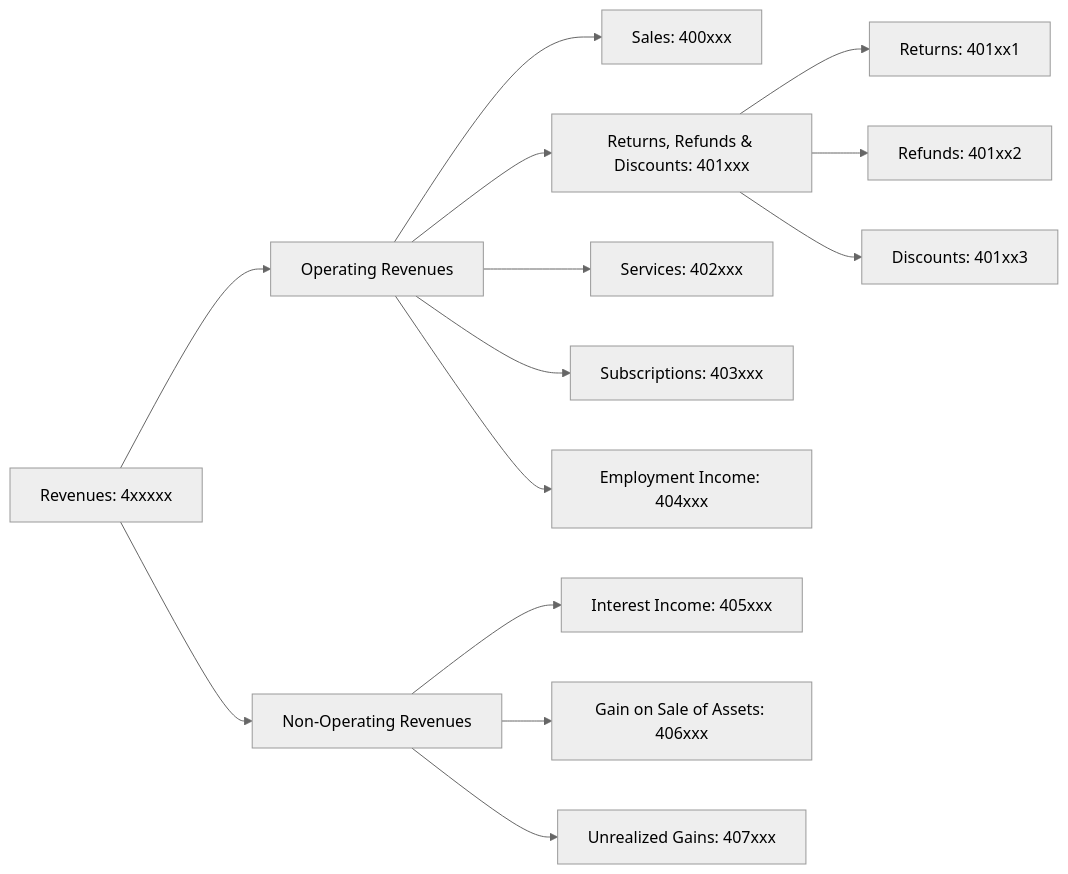
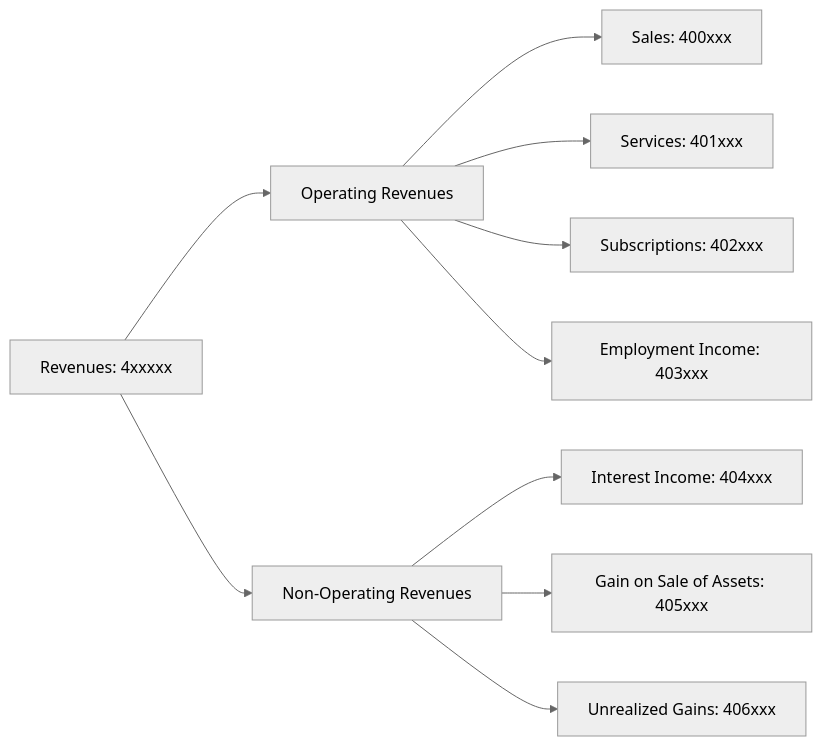
The diagram in src/domain/accounting/__doc__/assets/coa-revenues.mermaid (oosahon/ledgernova-core), drawn with Mermaid (neutral theme) before and after one commit. The commit also changed 19 other files, not shown here.

```diff
--- a/src/domain/accounting/__doc__/assets/coa-revenues.mermaid
+++ b/src/domain/accounting/__doc__/assets/coa-revenues.mermaid
@@ -1,24 +1,17 @@
 flowchart LR
     Revenues["Revenues: 4xxxxx"]
 
     OperatingRevenues["Operating Revenues"]
         Sales["Sales: 400xxx"]
-
-        ContraRevenues["Returns, Refunds & Discounts: 401xxx"]
-            Returns["Returns: 401xx1"]
-            Refunds["Refunds: 401xx2"]
-            Discounts["Discounts: 401xx3"]
-
-        Services["Services: 402xxx"]
-        Subscriptions["Subscriptions: 403xxx"]
-        EmploymentIncome["Employment Income: 404xxx"]
+        Services["Services: 401xxx"]
+        Subscriptions["Subscriptions: 402xxx"]
+        EmploymentIncome["Employment Income: 403xxx"]
         
     NonOperatingRevenues["Non-Operating Revenues"]
-        InterestIncome["Interest Income: 405xxx"]
-        GainOnSale["Gain on Sale of Assets: 406xxx"]
-        UnrealizedGains["Unrealized Gains: 407xxx"]
+        InterestIncome["Interest Income: 404xxx"]
+        GainOnSale["Gain on Sale of Assets: 405xxx"]
+        UnrealizedGains["Unrealized Gains: 406xxx"]
 
     Revenues --> OperatingRevenues & NonOperatingRevenues
-    OperatingRevenues --> Sales & ContraRevenues & Services & Subscriptions & EmploymentIncome
-    ContraRevenues --> Returns & Refunds & Discounts
+    OperatingRevenues --> Sales & Services & Subscriptions & EmploymentIncome
     NonOperatingRevenues --> InterestIncome & GainOnSale & UnrealizedGains
```
